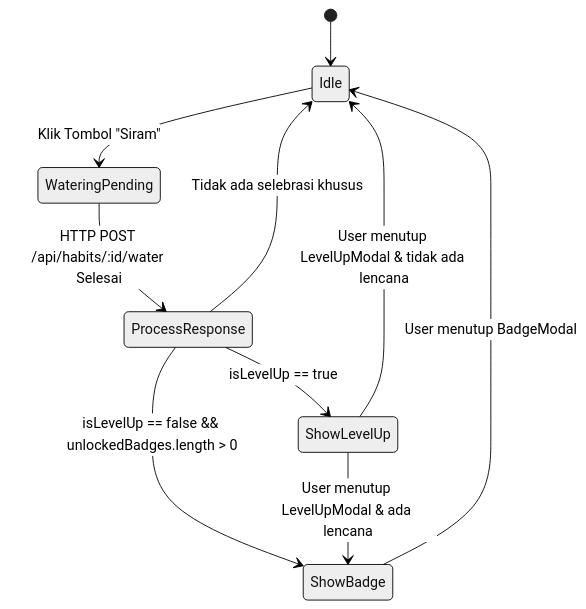
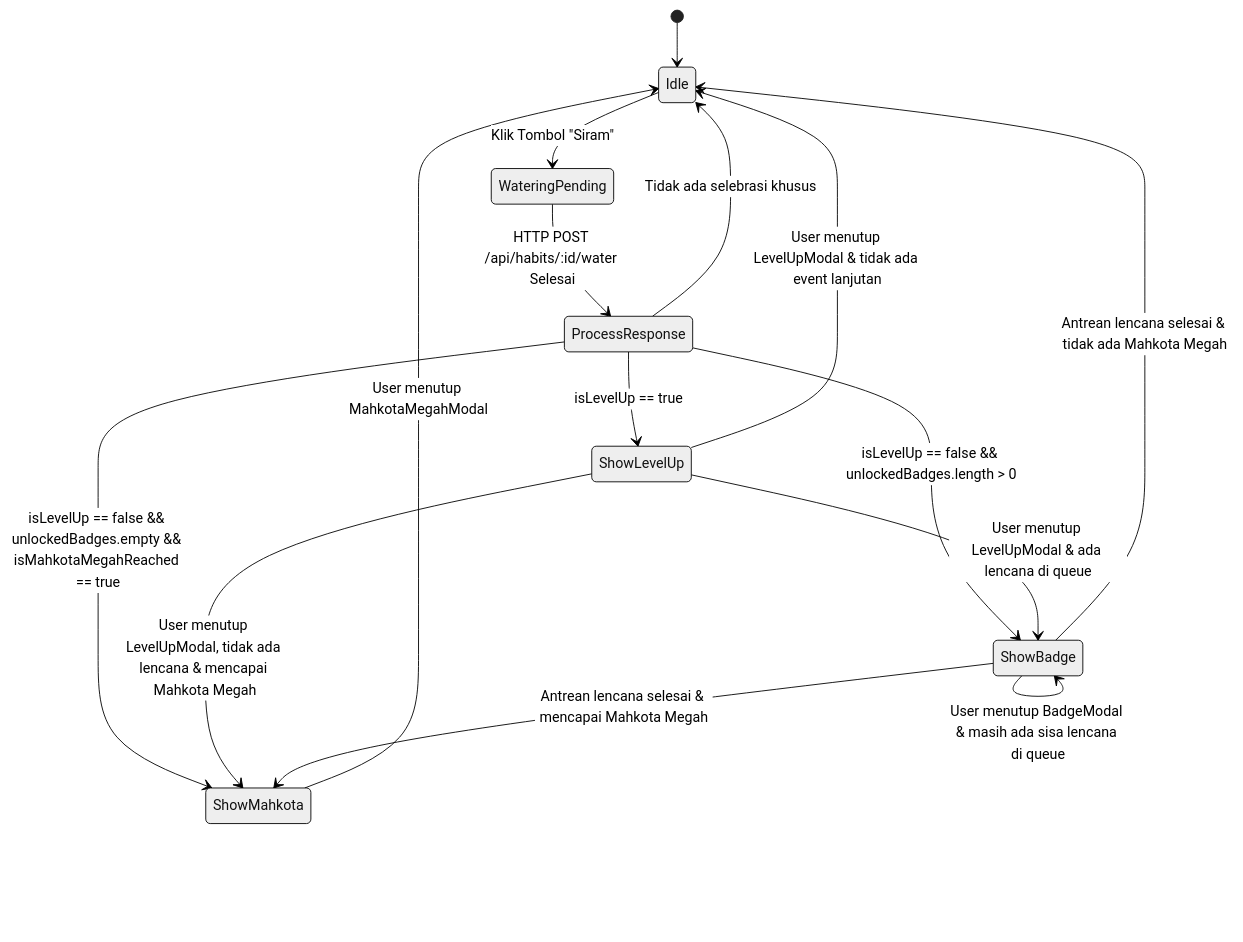
The first of 3 diagrams in Architecture/Arc_tumbuh_v2.md (fredynepra/tumbuh), drawn with Mermaid (neutral theme) before and after one commit. The commit also changed other lines of this file and 14 other files, not shown here.

````diff
--- a/Architecture/Arc_tumbuh_v2.md
+++ b/Architecture/Arc_tumbuh_v2.md
@@ -837,15 +836,22 @@
 ```mermaid
 stateDiagram-v2
     [*] --> Idle
     Idle --> WateringPending: Klik Tombol "Siram"
     WateringPending --> ProcessResponse: HTTP POST /api/habits/:id/water Selesai
     
     state ProcessResponse <<choice>>
     ProcessResponse --> ShowLevelUp: isLevelUp == true
     ProcessResponse --> ShowBadge: isLevelUp == false && unlockedBadges.length > 0
+    ProcessResponse --> ShowMahkota: isLevelUp == false && unlockedBadges.empty && isMahkotaMegahReached == true
     ProcessResponse --> Idle: Tidak ada selebrasi khusus
 
-    ShowLevelUp --> ShowBadge: User menutup LevelUpModal & ada lencana
-    ShowLevelUp --> Idle: User menutup LevelUpModal & tidak ada lencana
-    ShowBadge --> Idle: User menutup BadgeModal
+    ShowLevelUp --> ShowBadge: User menutup LevelUpModal & ada lencana di queue
+    ShowLevelUp --> ShowMahkota: User menutup LevelUpModal, tidak ada lencana & mencapai Mahkota Megah
+    ShowLevelUp --> Idle: User menutup LevelUpModal & tidak ada event lanjutan
+
+    ShowBadge --> ShowBadge: User menutup BadgeModal & masih ada sisa lencana di queue
+    ShowBadge --> ShowMahkota: Antrean lencana selesai & mencapai Mahkota Megah
+    ShowBadge --> Idle: Antrean lencana selesai & tidak ada Mahkota Megah
+
+    ShowMahkota --> Idle: User menutup MahkotaMegahModal
 ```
````
